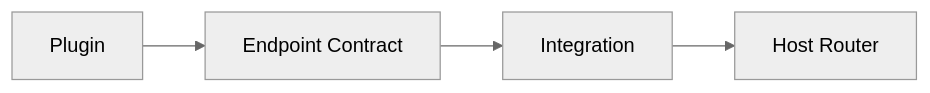
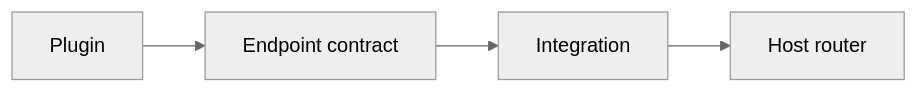
One commit to Rerurate514/riebeckite changed the tenth of 13 diagrams in docs/docs/reference/plugin-api.md. Above: the diagram before and after it, drawn with Mermaid (neutral theme). The commit also changed other lines of this file and 604 other files, not shown here.

````diff
--- a/docs/docs/reference/plugin-api.md
+++ b/docs/docs/reference/plugin-api.md
@@ -797,11 +647,11 @@
 ```mermaid
 flowchart LR
     Plugin["Plugin"]
-    Contract["Endpoint Contract"]
+    Contract["Endpoint contract"]
     Integration["Integration"]
-    Router["Host Router"]
+    Router["Host router"]
 
     Plugin --> Contract
     Contract --> Integration
     Integration --> Router
 ```
````
